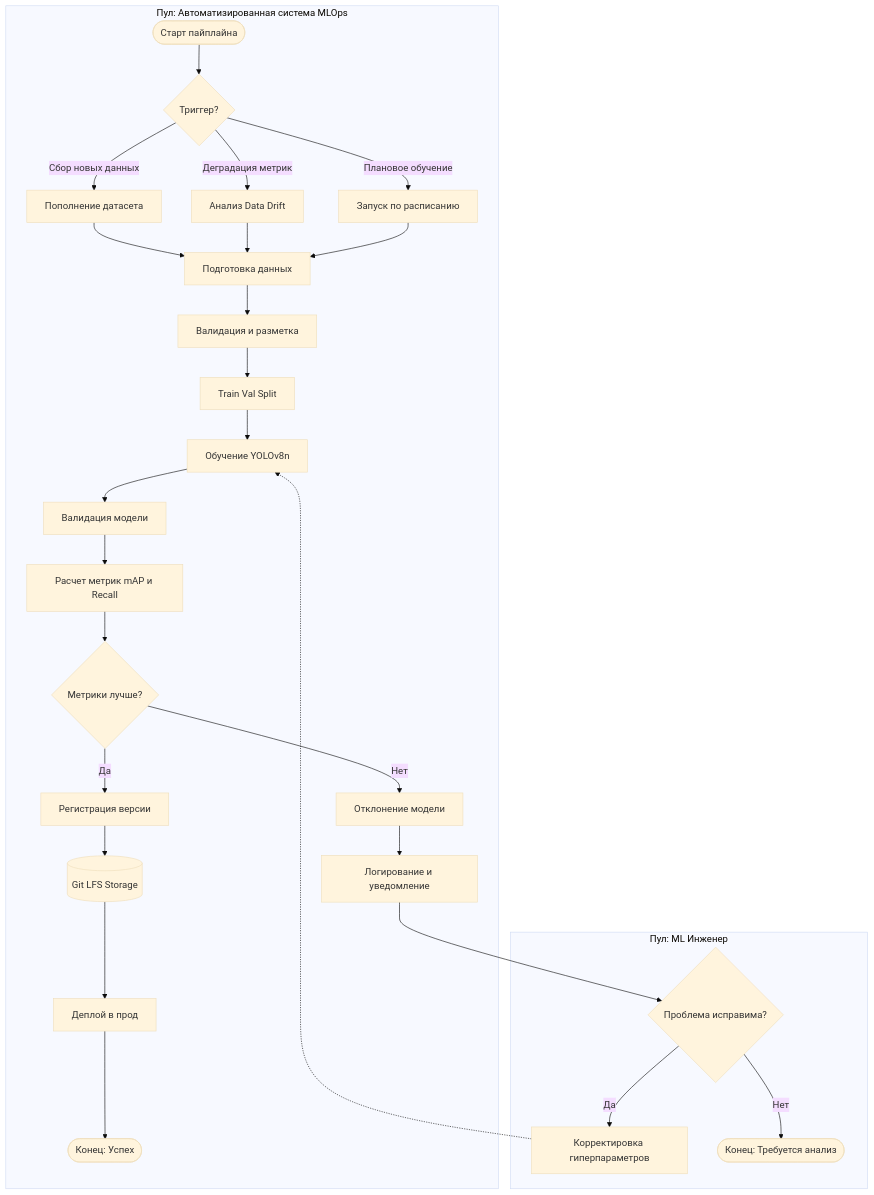
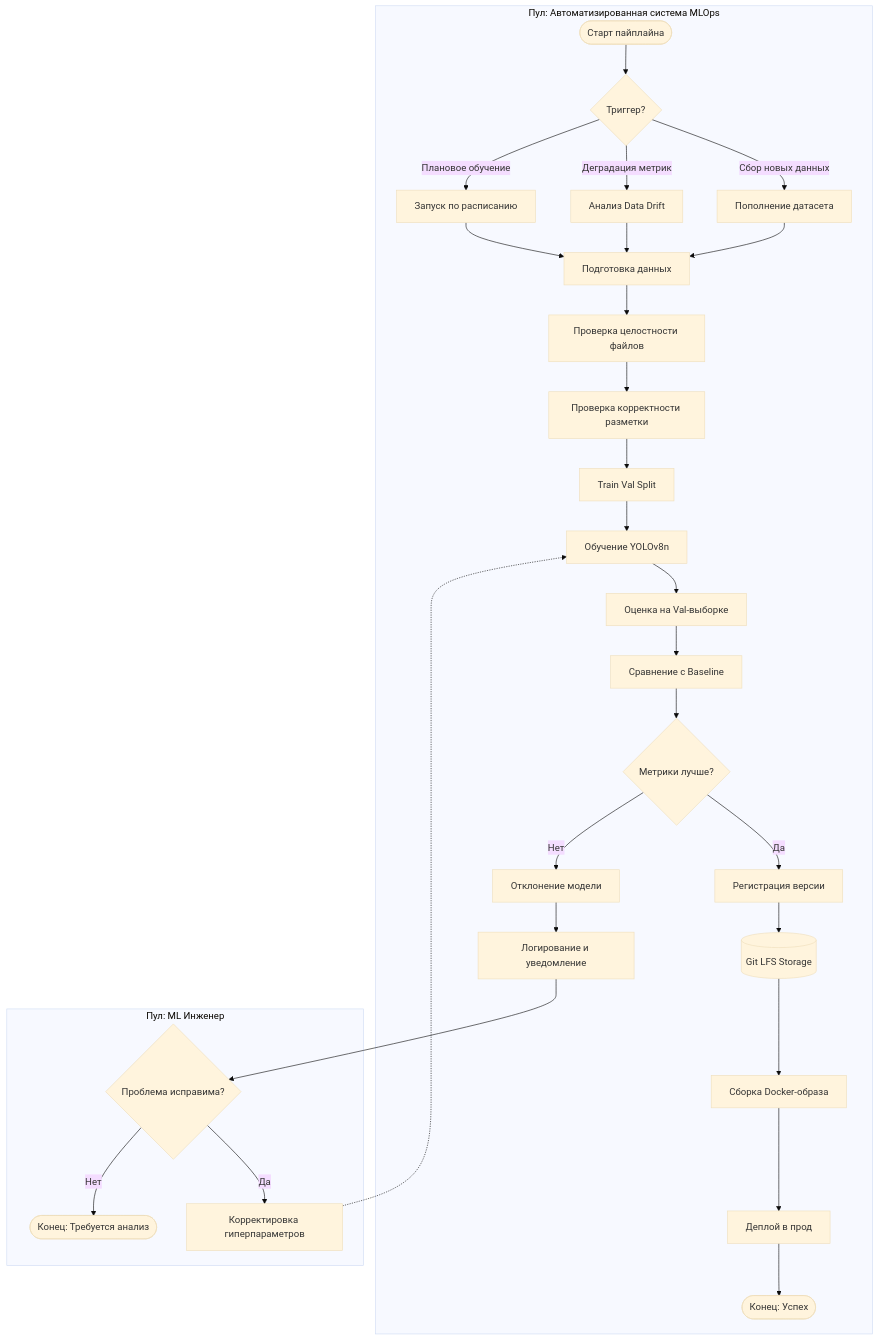
The diagram in docs/Model_retrain_BPMN.md (aunwaveringkh-art/Wheat_detection), drawn with Mermaid (base theme) before and after one commit.

````diff
--- a/docs/Model_retrain_BPMN.md
+++ b/docs/Model_retrain_BPMN.md
@@ -5,48 +5,44 @@
 ```mermaid
 flowchart TD
-    %% ПУЛ 1: Триггеры и Автоматизированная система
+    %% ПУЛ 1: Автоматизированная система
     subgraph Automation [Пул: Автоматизированная система MLOps]
         Start([Старт пайплайна]) --> Triggers{Триггер?}
         Triggers -->|Сбор новых данных| T1[Пополнение датасета]
         Triggers -->|Деградация метрик| T2[Анализ Data Drift]
         Triggers -->|Плановое обучение| T3[Запуск по расписанию]
         
         T1 --> DataPrep
         T2 --> DataPrep
         T3 --> DataPrep
         
-        DataPrep[Подготовка данных] --> ValidateData[Валидация и разметка]
-        ValidateData --> SplitData[Train Val Split]
+        DataPrep[Подготовка данных] --> ValidateFormat[Проверка целостности файлов]
+        ValidateFormat --> ValidateLabels[Проверка корректности разметки]
+        ValidateLabels --> SplitData[Train Val Split]
         
         SplitData --> TrainModel[Обучение YOLOv8n]
-        TrainModel --> EvalModel[Валидация модели]
-        EvalModel --> Metrics[Расчет метрик mAP и Recall]
+        TrainModel --> EvalModel[Оценка на Val-выборке]
+        EvalModel --> CompareMetrics[Сравнение с Baseline]
         
-        Metrics --> Gateway{Метрики лучше?}
+        CompareMetrics --> Gateway{Метрики лучше?}
         
         %% Ветка успеха
         Gateway -->|Да| Register[Регистрация версии]
-        
-        %% Цилиндр для Git LFS
         Register --> LFS[(Git LFS Storage)]
-        
-        LFS --> Deploy[Деплой в прод]
+        LFS --> BuildDocker[Сборка Docker-образа]
+        BuildDocker --> Deploy[Деплой в прод]
         Deploy --> EndSuccess([Конец: Успех])
         
         %% Ветка провала
         Gateway -->|Нет| Reject[Отклонение модели]
         Reject --> Log[Логирование и уведомление]
     end
 
-    %% ПУЛ 2: Человек (ML Инженер)
+    %% ПУЛ 2: Человек
     subgraph Human [Пул: ML Инженер]
         Log --> Decision{Проблема исправима?}
-        
-        %% Возврат в автоматизированный пул (петля)
         Decision -->|Да| Retry[Корректировка гиперпараметров]
         Decision -->|Нет| EndFail([Конец: Требуется анализ])
     end
     
-    %% Связь корректировки с повторным обучением
     Retry -.-> TrainModel
 ```
````
